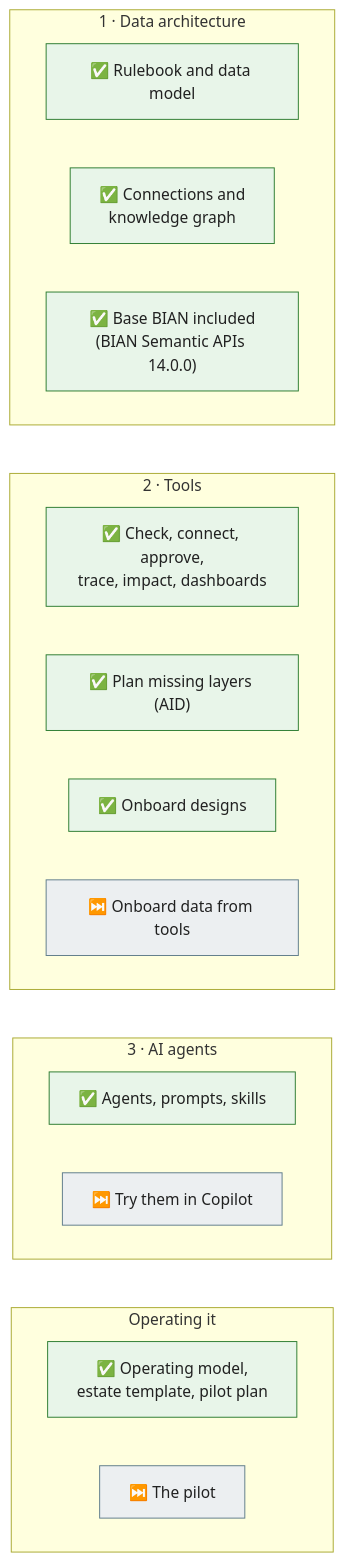
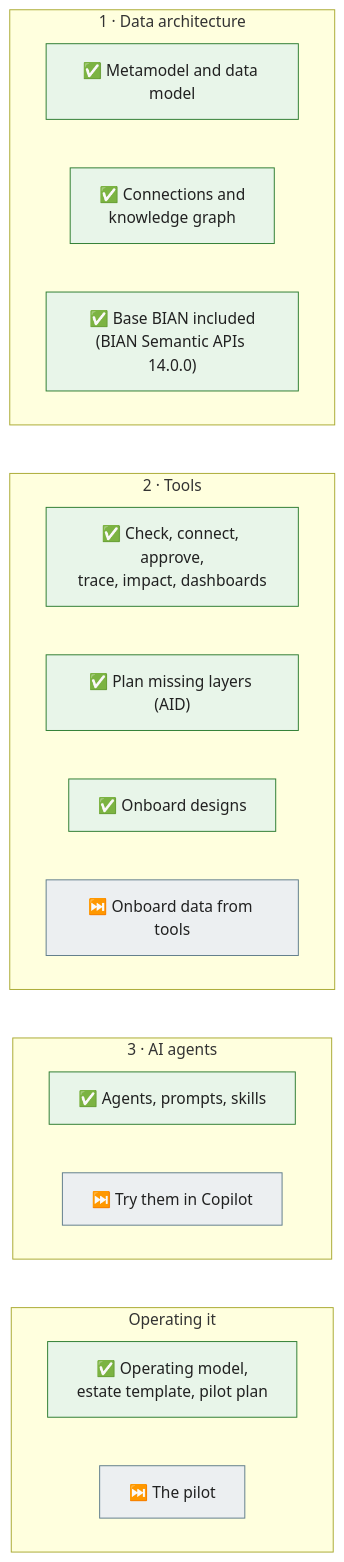
The eighth of 9 diagrams in README.md (taumoeps/bian-sdem-framework), drawn with Mermaid before and after one commit. The commit also changed other lines of this file and 71 other files, not shown here.

Commit message:
One name: metamodel — "rulebook" removed from documents, messages, help and code comments; files renamed (docs/sdem-metamodel-guide.md, docs/design/sdem-metamodel-versioning.md, tests/test_engine_metamodel.py); no data, command or option changes; historical records keep their original words

````diff
--- a/README.md
+++ b/README.md
@@ -243,31 +243,31 @@
 ```mermaid
 flowchart TB
     subgraph B1["1 · Data architecture"]
         direction LR
-        d1["✅ Rulebook and data model"]
+        d1["✅ Metamodel and data model"]
         d2["✅ Connections and<br/>knowledge graph"]
         d3["✅ Base BIAN included<br/>(BIAN Semantic APIs 14.0.0)"]
     end
     subgraph B2["2 · Tools"]
         direction LR
         t1["✅ Check, connect, approve,<br/>trace, impact, dashboards"]
         t2["✅ Plan missing layers (AID)"]
         t3["✅ Onboard designs"]
         t4["⏭️ Onboard data from tools"]
     end
     subgraph B3["3 · AI agents"]
         direction LR
         a1["✅ Agents, prompts, skills"]
         a2["⏭️ Try them in Copilot"]
     end
     subgraph B4["Operating it"]
         direction LR
         o1["✅ Operating model,<br/>estate template, pilot plan"]
         o2["⏭️ The pilot"]
     end
     B1 ~~~ B2 ~~~ B3 ~~~ B4
     classDef b fill:#E8F5E9,stroke:#2E7D32,color:#212121
     classDef n fill:#ECEFF1,stroke:#607D8B,color:#212121
     class d1,d2,d3,t1,t2,t3,a1,o1 b
     class t4,a2,o2 n
 ```
````
